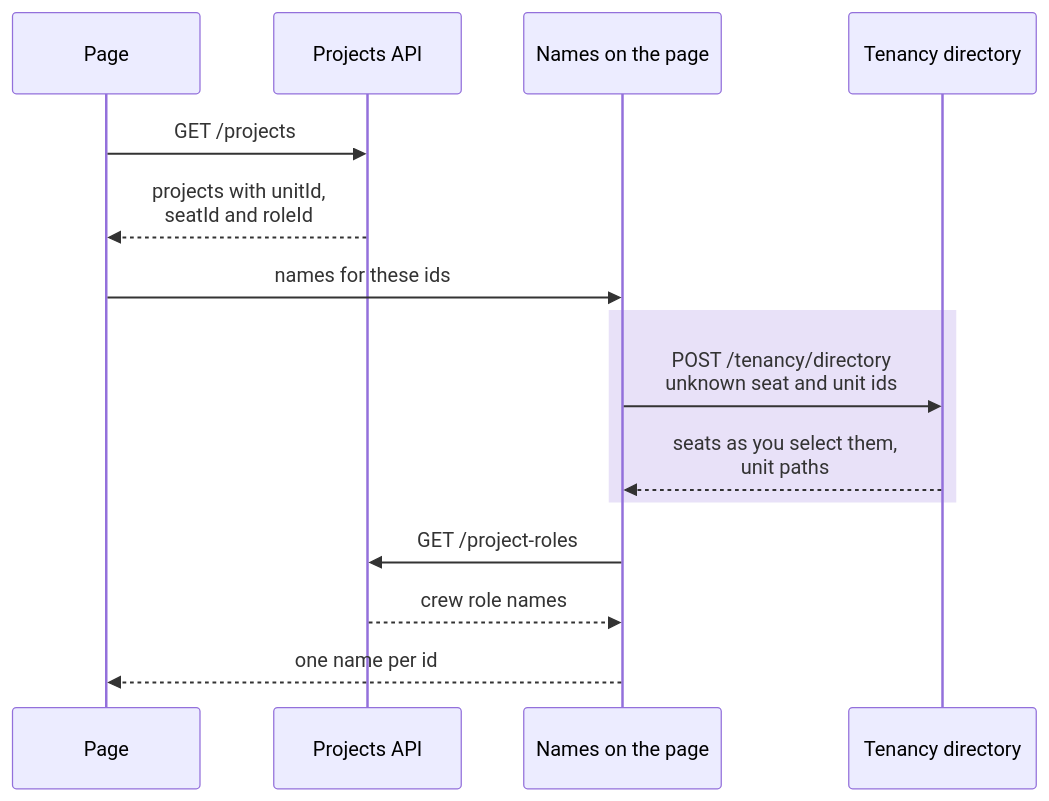
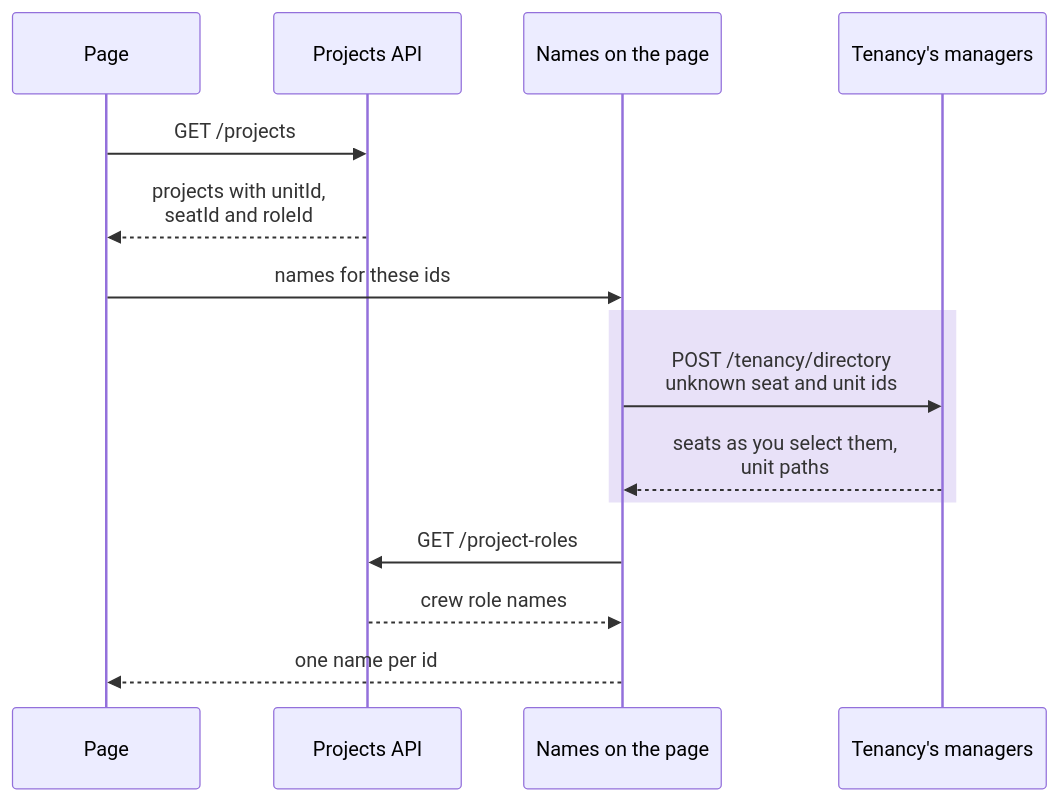
The first of 2 diagrams in docs/tenancy/names-and-languages.md (DylanSnel/DDDToolkit), drawn with Mermaid before and after one commit. The commit also changed other lines of this file and 24 other files, not shown here.

````diff
--- a/docs/tenancy/names-and-languages.md
+++ b/docs/tenancy/names-and-languages.md
@@ -58,18 +60,18 @@
 ```mermaid
 sequenceDiagram
     participant Page as Page
     participant Projects as Projects API
     participant Names as Names on the page
-    participant Tenancy as Tenancy directory
+    participant Tenancy as Tenancy's managers
 
     Page->>Projects: GET /projects
     Projects-->>Page: projects with unitId,<br/>seatId and roleId
     Page->>Names: names for these ids
     rect rgba(91, 46, 201, 0.14)
         Names->>Tenancy: POST /tenancy/directory<br/>unknown seat and unit ids
         Tenancy-->>Names: seats as you select them,<br/>unit paths
     end
     Names->>Projects: GET /project-roles
     Projects-->>Names: crew role names
     Names-->>Page: one name per id
 ```
````
